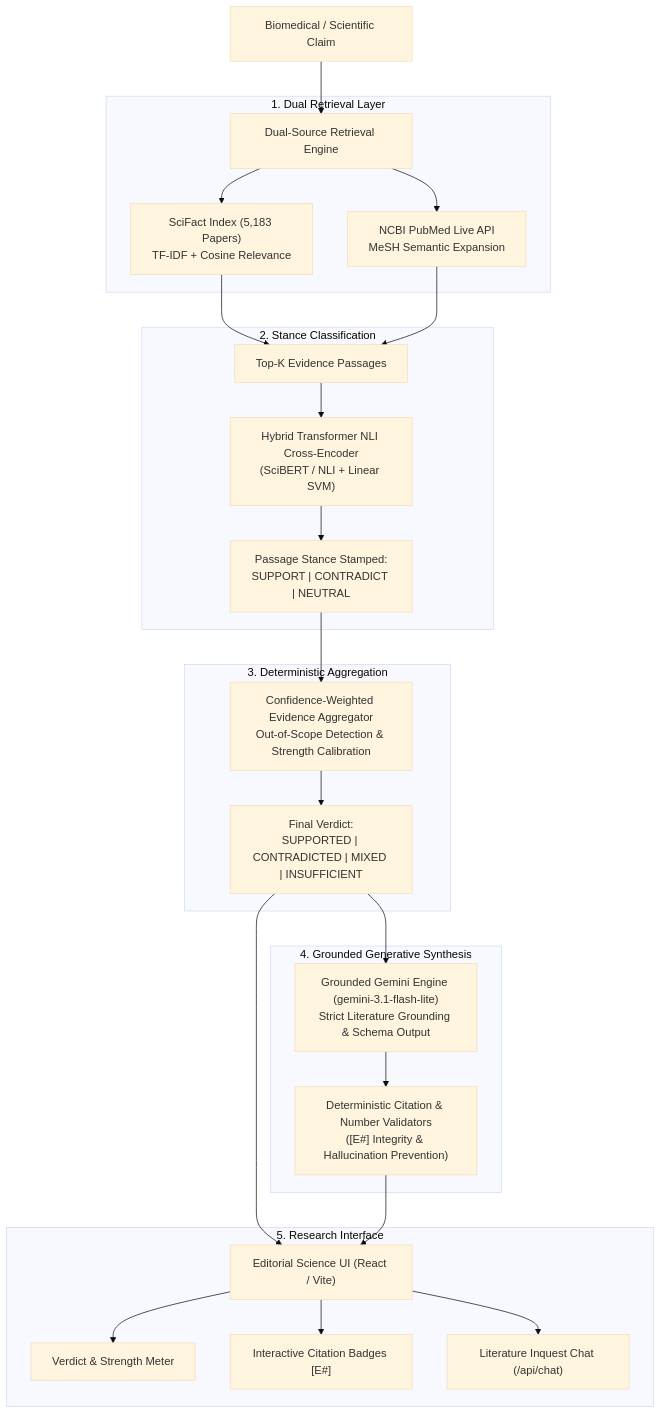
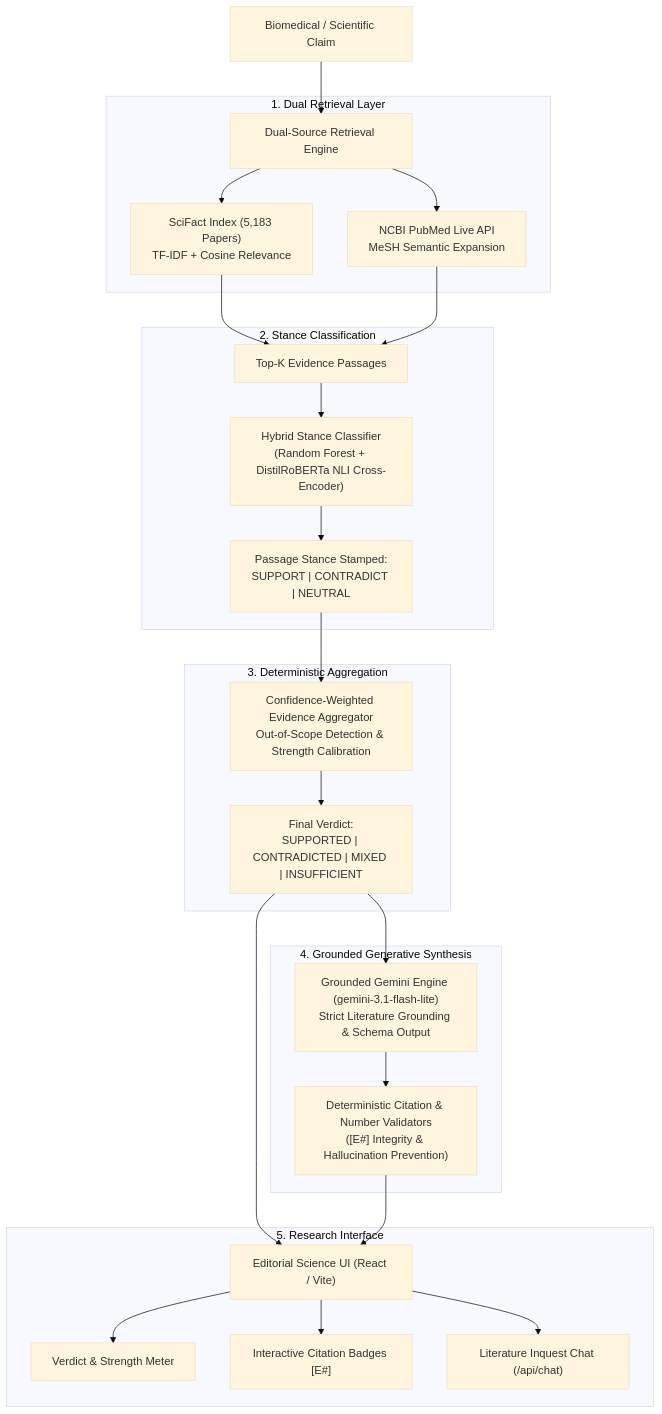
The diagram in README.md (aditisingnurkar/VeriSci), drawn with Mermaid (base theme) before and after one commit. The commit also changed other lines of this file and 16 other files, not shown here.

````diff
--- a/README.md
+++ b/README.md
@@ -86,35 +18,35 @@
 ```mermaid
 flowchart TD
     A["Biomedical / Scientific Claim"] --> B["Dual-Source Retrieval Engine"]
     
     subgraph Retrieval ["1. Dual Retrieval Layer"]
         B --> B1["SciFact Index (5,183 Papers)<br/>TF-IDF + Cosine Relevance"]
         B --> B2["NCBI PubMed Live API<br/>MeSH Semantic Expansion"]
     end
     
     B1 --> C["Top-K Evidence Passages"]
     B2 --> C
     
     subgraph Stance ["2. Stance Classification"]
-        C --> D["Hybrid Transformer NLI Cross-Encoder<br/>(SciBERT / NLI + Linear SVM)"]
+        C --> D["Hybrid Stance Classifier<br/>(Random Forest + DistilRoBERTa NLI Cross-Encoder)"]
         D --> E["Passage Stance Stamped:<br/>SUPPORT | CONTRADICT | NEUTRAL"]
     end
     
     subgraph Aggregation ["3. Deterministic Aggregation"]
         E --> F["Confidence-Weighted Evidence Aggregator<br/>Out-of-Scope Detection & Strength Calibration"]
         F --> G["Final Verdict:<br/>SUPPORTED | CONTRADICTED | MIXED | INSUFFICIENT"]
     end
     
     subgraph RAG ["4. Grounded Generative Synthesis"]
         G --> H["Grounded Gemini Engine (gemini-3.1-flash-lite)<br/>Strict Literature Grounding & Schema Output"]
         H --> I["Deterministic Citation & Number Validators<br/>([E#] Integrity & Hallucination Prevention)"]
     end
     
     subgraph UI ["5. Research Interface"]
         G --> J["Editorial Science UI (React / Vite)"]
         I --> J
         J --> K["Verdict & Strength Meter"]
         J --> L["Interactive Citation Badges [E#]"]
         J --> M["Literature Inquest Chat (/api/chat)"]
     end
 ```
````
